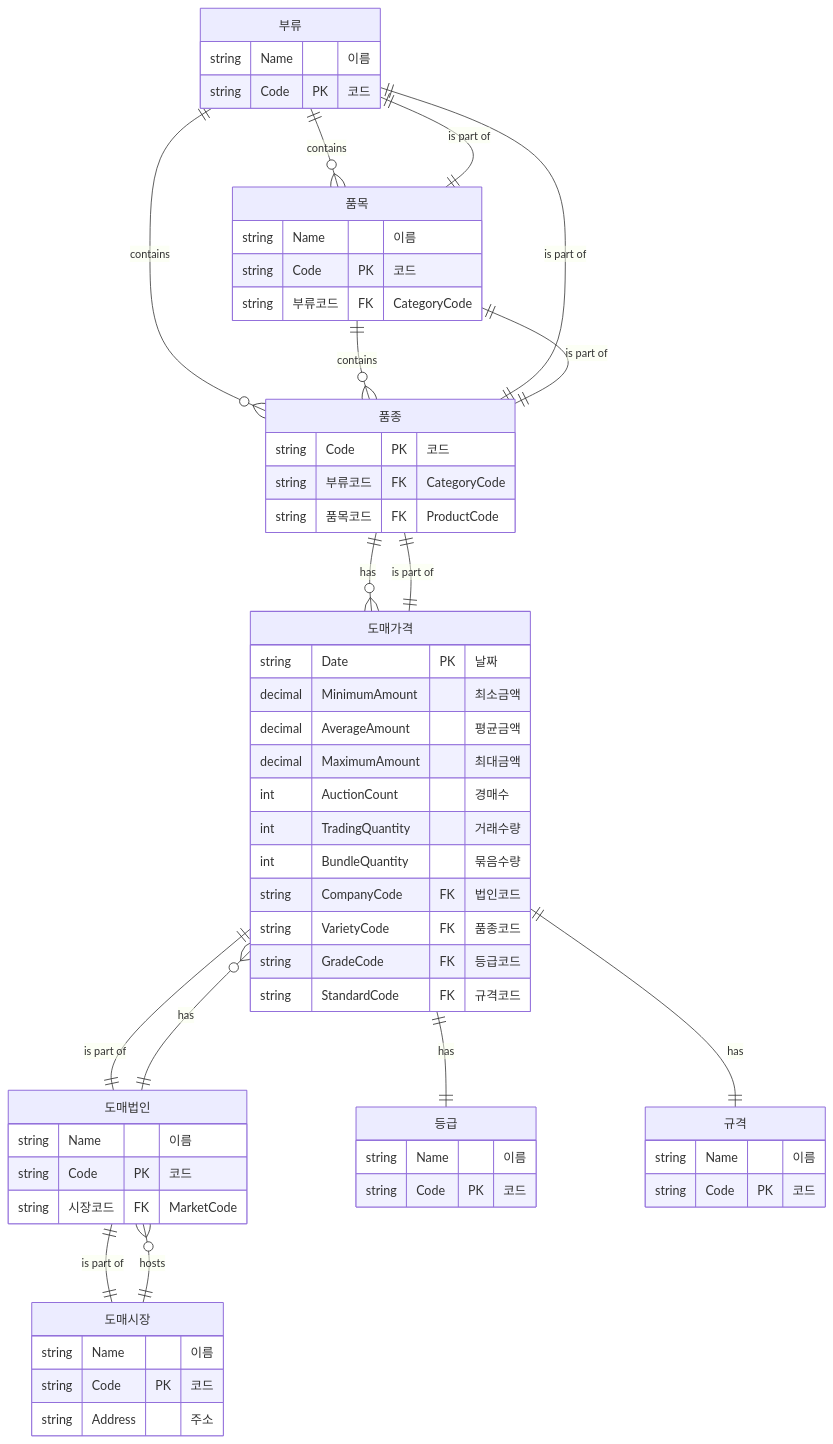
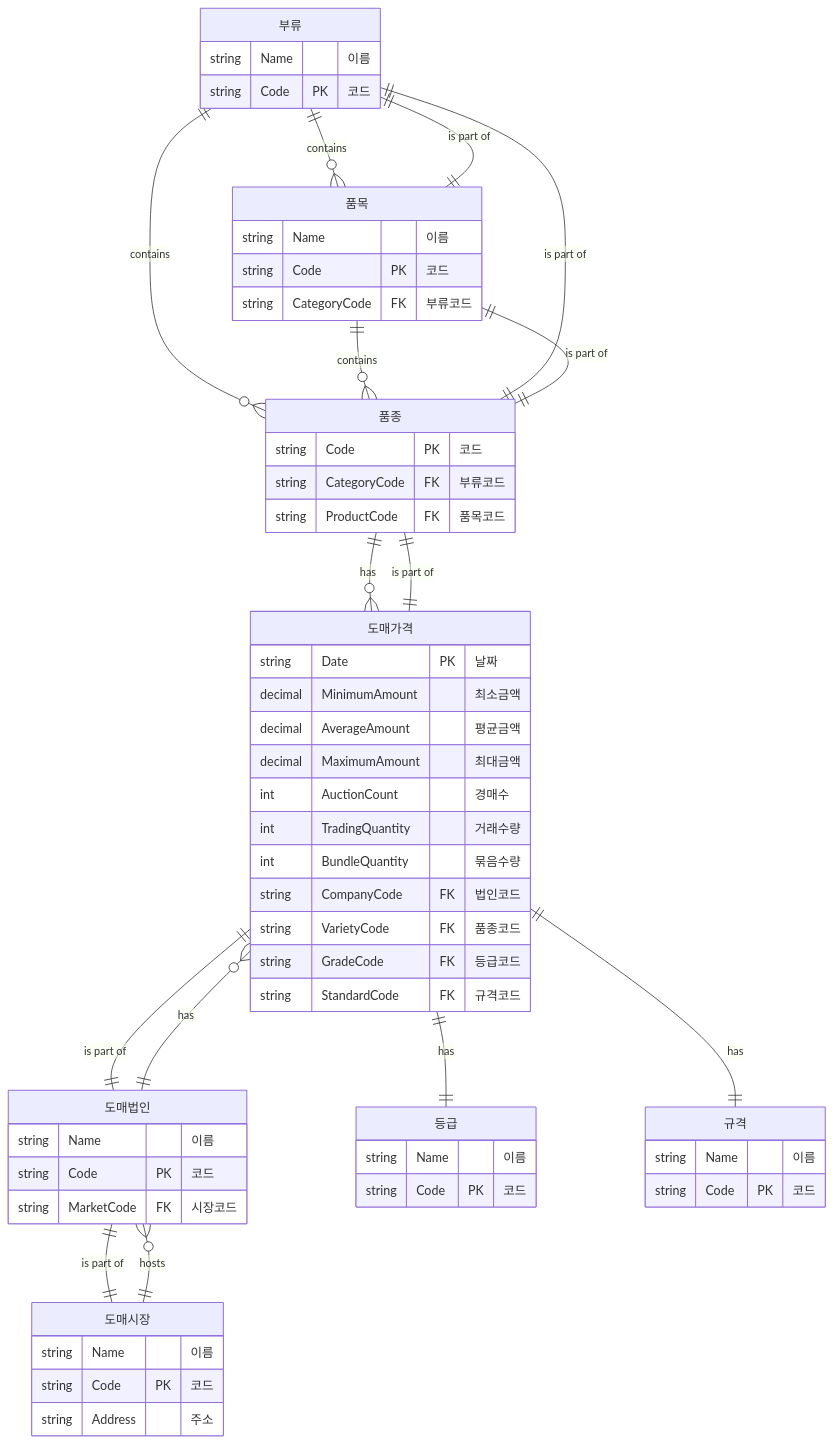
One commit to cheolwo/Korea-Agriculture--Forestry-and-Fisheries-Public-Data changed the diagram in README.md. Above: the diagram before and after it, drawn with Mermaid.

````diff
--- a/README.md
+++ b/README.md
@@ -3,65 +3,66 @@
 ```mermaid
 erDiagram
     "부류" ||--o{ "품목" : "contains"
     "부류" ||--o{ "품종" : "contains"
     "품목" ||--o{ "품종" : "contains"
     "품목" ||--|| "부류" : "is part of"
     "품종" ||--|| "부류" : "is part of"
     "품종" ||--|| "품목" : "is part of"
     "품종" ||--o{ "도매가격" : "has"
     "도매시장" ||--o{ "도매법인" : "hosts"
     "도매법인" ||--o{ "도매가격" : "has"
     "도매법인" ||--|| "도매시장" : "is part of"
     "도매가격" ||--|| "도매법인" : "is part of"
     "도매가격" ||--|| "품종" : "is part of"
     "도매가격" ||--|| "등급" : "has"
     "도매가격" ||--|| "규격" : "has"
 
     "부류" {
         string Name "이름"
         string Code PK "코드"
     }
     "품목" {
         string Name "이름"
         string Code PK "코드"
-        string 부류코드 FK "CategoryCode"
+        string CategoryCode FK "부류코드"
     }
     "품종" {
         string Code PK "코드"
-        string 부류코드 FK "CategoryCode"
-        string 품목코드 FK "ProductCode"
+        string CategoryCode FK "부류코드"
+        string ProductCode FK "품목코드"
     }
     "등급" {
         string Name "이름"
         string Code PK "코드"
     }
     "규격" {
         string Name "이름"
         string Code PK "코드"
     }
     "도매시장" {
         string Name "이름"
         string Code PK "코드"
         string Address "주소"
     }
     "도매법인" {
         string Name "이름"
         string Code PK "코드"
-        string 시장코드 FK "MarketCode"
+        string MarketCode FK "시장코드"
     }
     "도매가격" {
         string Date PK "날짜"
         decimal MinimumAmount "최소금액"
         decimal AverageAmount "평균금액"
         decimal MaximumAmount "최대금액"
         int AuctionCount "경매수"
         int TradingQuantity "거래수량"
         int BundleQuantity "묶음수량"
         string CompanyCode FK "법인코드"
         string VarietyCode FK "품종코드"
         string GradeCode FK "등급코드"
         string StandardCode FK "규격코드"
     }
 
 
+
 ```
````
